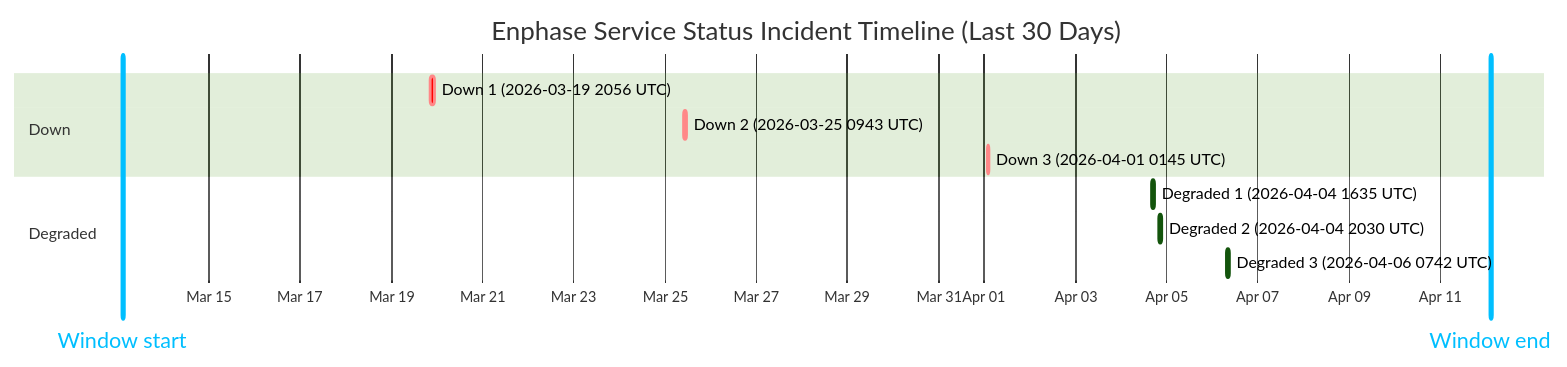
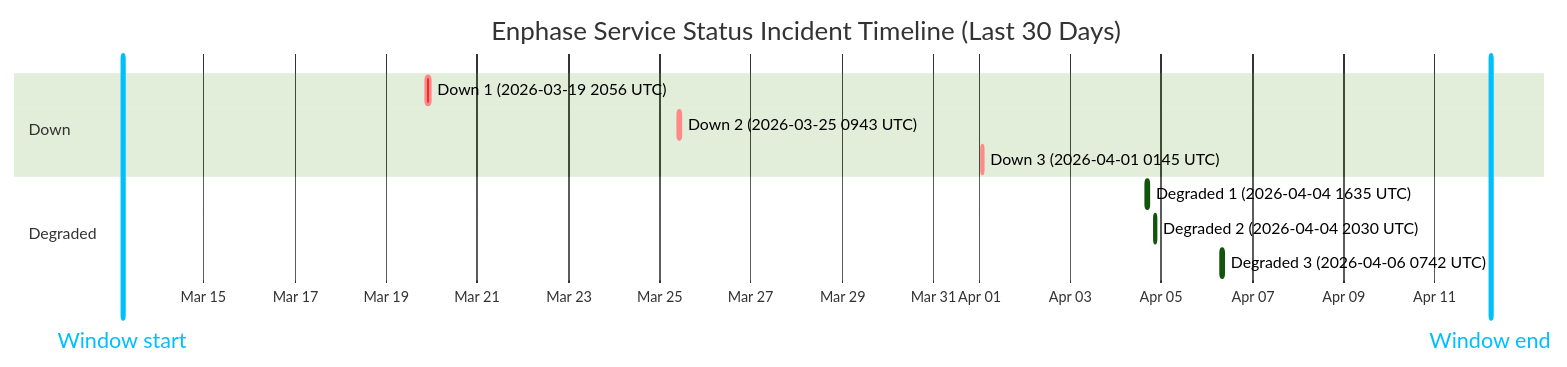
Before and after one commit to barneyonline/ha-enphase-ev-charger: the diagram in wiki/Service-Status-History.md, drawn with Mermaid (forest theme). The commit also changed other lines of this file and 3 other files, not shown here.

````diff
--- a/wiki/Service-Status-History.md
+++ b/wiki/Service-Status-History.md
@@ -14,16 +14,16 @@
 ```mermaid
 gantt
     title Enphase Service Status Incident Timeline (Last 30 Days)
     dateFormat  YYYY-MM-DDTHH:mm:ss
     axisFormat  %b %d
-    Window start :vert, window-start, 2026-03-13T02:30:55, 0ms
-    Window end :vert, window-end, 2026-04-12T02:30:55, 0ms
+    Window start :vert, window-start, 2026-03-13T05:22:52, 0ms
+    Window end :vert, window-end, 2026-04-12T05:22:52, 0ms
     section Down
     Down 1 (2026-03-19 2056 UTC) :crit, down-1, 2026-03-19T20:56:20, 145m
     Down 2 (2026-03-25 0943 UTC) :crit, down-2, 2026-03-25T09:43:28, 111m
     Down 3 (2026-04-01 0145 UTC) :crit, down-3, 2026-04-01T01:45:09, 60m
     section Degraded
     Degraded 1 (2026-04-04 1635 UTC) :active, degraded-1, 2026-04-04T16:35:17, 60m
     Degraded 2 (2026-04-04 2030 UTC) :active, degraded-2, 2026-04-04T20:30:40, 60m
     Degraded 3 (2026-04-06 0742 UTC) :active, degraded-3, 2026-04-06T07:42:09, 85m
 ```
````
